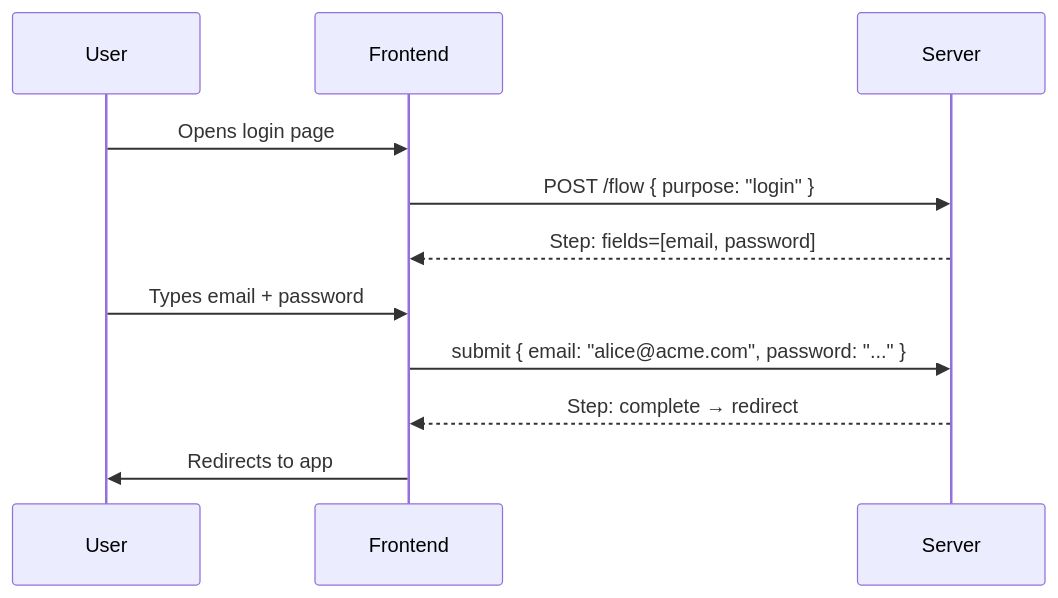
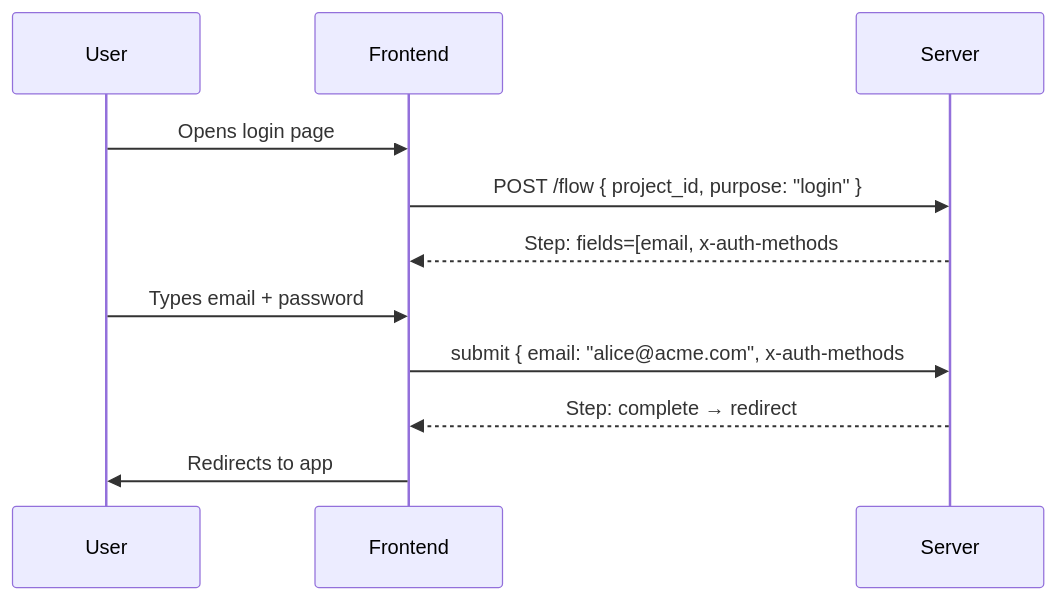
Before and after one commit to zitadel/nextgen: the first of 8 diagrams in docs/design/flowengine/flow-engine-guide.md, drawn with Mermaid. The commit also changed other lines of this file and 6 other files, not shown here.

Commit message:
docs: align flow examples with runtime validation

````diff
--- a/docs/design/flowengine/flow-engine-guide.md
+++ b/docs/design/flowengine/flow-engine-guide.md
@@ -18,14 +18,14 @@
 ```mermaid
 sequenceDiagram
     participant User
     participant Frontend
     participant Server
 
     User->>Frontend: Opens login page
-    Frontend->>Server: POST /flow { purpose: "login" }
-    Server-->>Frontend: Step: fields=[email, password]
+    Frontend->>Server: POST /flow { project_id, purpose: "login" }
+    Server-->>Frontend: Step: fields=[email, x-auth-methods#password]
     User->>Frontend: Types email + password
-    Frontend->>Server: submit { email: "alice@acme.com", password: "..." }
+    Frontend->>Server: submit { email: "alice@acme.com", x-auth-methods#password: "..." }
     Server-->>Frontend: Step: complete → redirect
     Frontend->>User: Redirects to app
 ```
````
